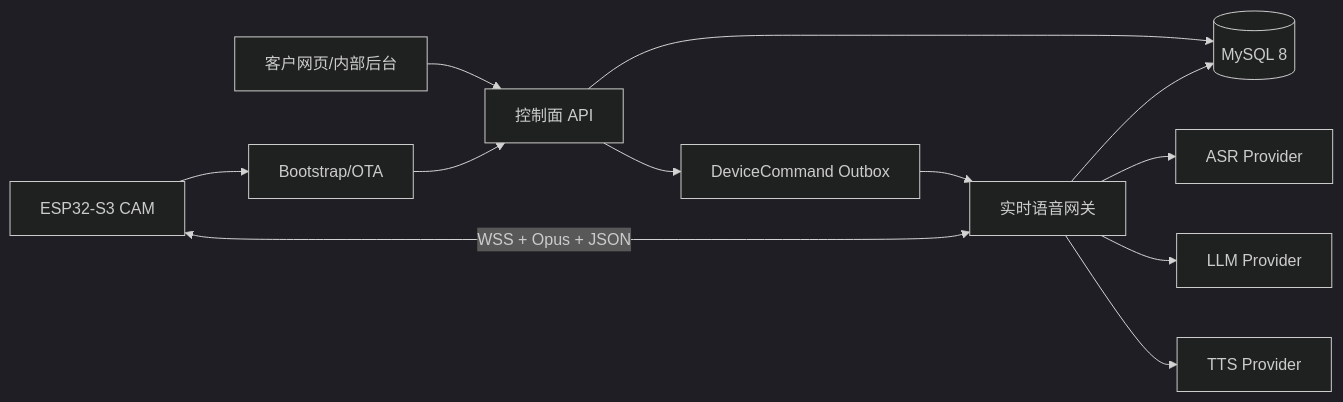
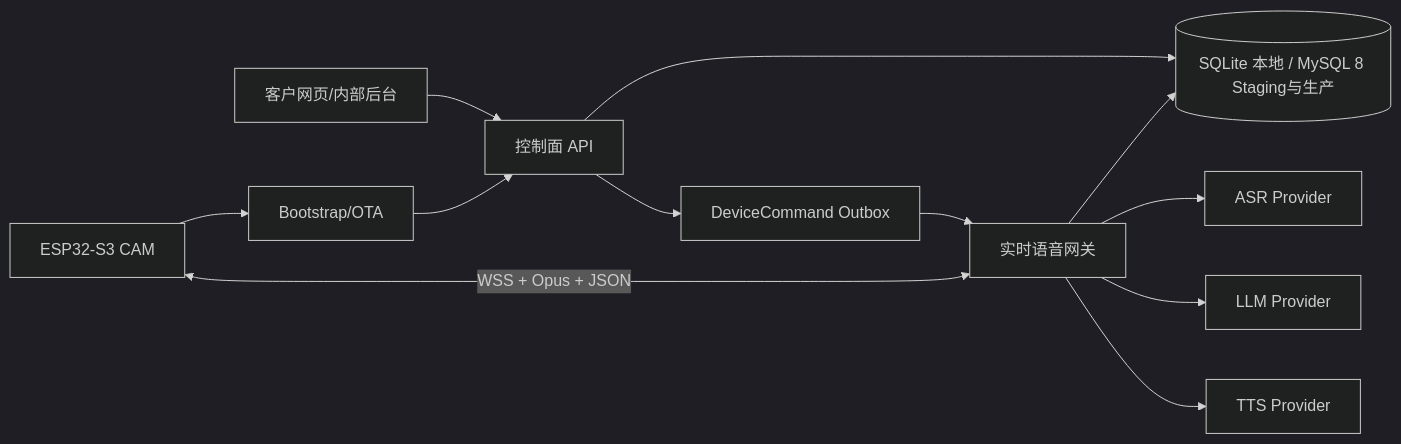
One commit to 23xxCh/xiaozhi-claw changed the diagram in docs/specs/architecture.md. Above: the diagram before and after it, drawn with Mermaid (dark theme). The commit also changed other lines of this file and 9 other files, not shown here.

````diff
--- a/docs/specs/architecture.md
+++ b/docs/specs/architecture.md
@@ -11,14 +11,14 @@
 ```mermaid
 flowchart LR
     Web[客户网页/内部后台] --> Control[控制面 API]
     Device[ESP32-S3 CAM] --> Bootstrap[Bootstrap/OTA]
     Device <-->|WSS + Opus + JSON| Gateway[实时语音网关]
     Bootstrap --> Control
-    Control --> DB[(MySQL 8)]
+    Control --> DB[(SQLite 本地 / MySQL 8 Staging与生产)]
     Gateway --> DB
     Control --> Outbox[DeviceCommand Outbox]
     Outbox --> Gateway
     Gateway --> ASR[ASR Provider]
     Gateway --> LLM[LLM Provider]
     Gateway --> TTS[TTS Provider]
 ```
````
